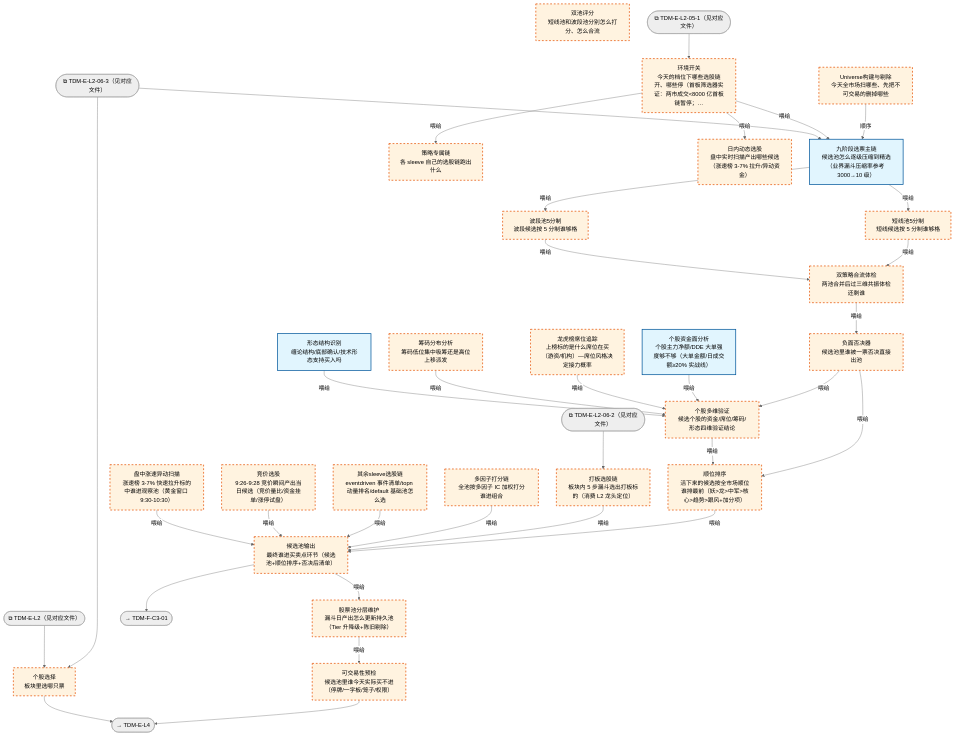
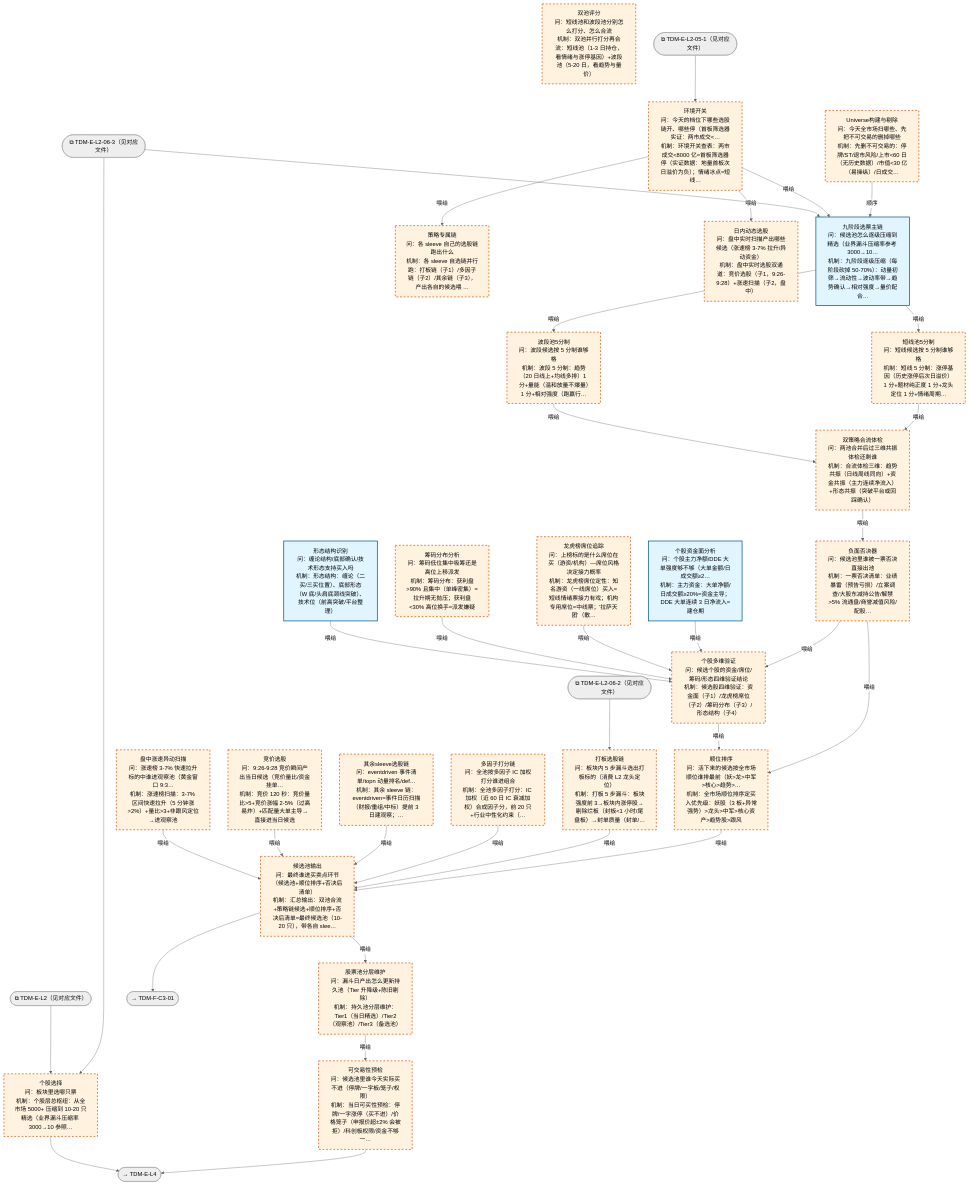
The diagram in docs/02_enterprise_architecture/10_trading_map/trading_map_03_e_l3_stock.md (xuanFelixVan/ZephyrAlpha), drawn with Mermaid (neutral theme) before and after one commit. The commit also changed other lines of this file and 10 other files, not shown here.

````diff
--- a/docs/02_enterprise_architecture/10_trading_map/trading_map_03_e_l3_stock.md
+++ b/docs/02_enterprise_architecture/10_trading_map/trading_map_03_e_l3_stock.md
@@ -20,69 +21,69 @@
 ```mermaid
 flowchart TD
-  TDM_E_L3["个股选择<br/>板块里选哪只票"]
-  TDM_E_L3_01["Universe构建与剔除<br/>今天全市场扫哪些、先把不可交易的删掉哪些"]
-  TDM_E_L3_02["九阶段选票主链<br/>候选池怎么逐级压缩到精选（业界漏斗压缩率参考 3000→10 级）"]
-  TDM_E_L3_03["双池评分<br/>短线池和波段池分别怎么打分、怎么合流"]
-  TDM_E_L3_03_1["短线池5分制<br/>短线候选按 5 分制谁够格"]
-  TDM_E_L3_03_2["波段池5分制<br/>波段候选按 5 分制谁够格"]
-  TDM_E_L3_03_3["双策略合流体检<br/>两池合并后过三维共振体检还剩谁"]
-  TDM_E_L3_04["负面否决器<br/>候选池里谁被一票否决直接出池"]
-  TDM_E_L3_05["顺位排序<br/>活下来的候选按全市场顺位谁排最前（妖>龙>中军>核心>趋势>跟风+加分项）"]
-  TDM_E_L3_06["环境开关<br/>今天的档位下哪些选股链开、哪些停（首板筛选器实证：两市成交<8000 亿首板链暂停；…"]
-  TDM_E_L3_07["策略专属链<br/>各 sleeve 自己的选股链跑出什么"]
-  TDM_E_L3_07_1["打板选股链<br/>板块内 5 步漏斗选出打板标的（消费 L2 龙头定位）"]
-  TDM_E_L3_07_2["多因子打分链<br/>全池按多因子 IC 加权打分谁进组合"]
-  TDM_E_L3_07_3["其余sleeve选股链<br/>eventdriven 事件清单/topn 动量排名/default 基础池怎么选"]
-  TDM_E_L3_08["候选池输出<br/>最终谁进买卖点环节（候选池+顺位排序+否决后清单）"]
-  TDM_E_L3_09["股票池分层维护<br/>漏斗日产出怎么更新持久池（Tier 升降级+陈旧剔除）"]
-  TDM_E_L3_10["可交易性预检<br/>候选池里谁今天实际买不进（停牌/一字板/笼子/权限）"]
-  TDM_E_L3_11["日内动态选股<br/>盘中实时扫描产出哪些候选（涨速榜 3-7% 拉升/异动资金）"]
-  TDM_E_L3_11_1["竞价选股<br/>9:26-9:28 竞价瞬间产出当日候选（竞价量比/资金挂单/涨停试盘）"]
-  TDM_E_L3_11_2["盘中涨速异动扫描<br/>涨速榜 3-7% 快速拉升标的中谁进观察池（黄金窗口 9:30-10:30）"]
-  TDM_E_L3_12["个股多维验证<br/>候选个股的资金/席位/筹码/形态四维验证结论"]
-  TDM_E_L3_12_1["个股资金面分析<br/>个股主力净额/DDE 大单强度够不够（大单金额/日成交额≥20% 实战线）"]
-  TDM_E_L3_12_2["龙虎榜席位追踪<br/>上榜标的是什么席位在买（游资/机构）—席位风格决定接力概率"]
-  TDM_E_L3_12_3["筹码分布分析<br/>筹码低位集中吸筹还是高位上移派发"]
-  TDM_E_L3_12_4["形态结构识别<br/>缠论结构/底部确认/技术形态支持买入吗"]
+  TDM_E_L3["个股选择<br/>问：板块里选哪只票<br/>机制：个股层总枢纽：从全市场 5000+ 压缩到 10-20 只精选（业界漏斗压缩率 3000→10 参照…"]
+  TDM_E_L3_01["Universe构建与剔除<br/>问：今天全市场扫哪些、先把不可交易的删掉哪些<br/>机制：先删不可交易的：停牌/ST/退市风险/上市<60 日（无历史数据）/市值<30 亿（易操纵）/日成交…"]
+  TDM_E_L3_02["九阶段选票主链<br/>问：候选池怎么逐级压缩到精选（业界漏斗压缩率参考 3000→10…<br/>机制：九阶段逐级压缩（每阶段砍掉 50-70%）：动量初筛→流动性→波动率带→趋势确认→相对强度→量价配合…"]
+  TDM_E_L3_03["双池评分<br/>问：短线池和波段池分别怎么打分、怎么合流<br/>机制：双池并行打分再合流：短线池（1-3 日持仓，看情绪与涨停基因）+波段池（5-20 日，看趋势与量价）"]
+  TDM_E_L3_03_1["短线池5分制<br/>问：短线候选按 5 分制谁够格<br/>机制：短线 5 分制：涨停基因（历史涨停后次日溢价）1 分+题材纯正度 1 分+龙头定位 1 分+情绪周期…"]
+  TDM_E_L3_03_2["波段池5分制<br/>问：波段候选按 5 分制谁够格<br/>机制：波段 5 分制：趋势（20 日线上+均线多排）1 分+量能（温和放量不爆量）1 分+相对强度（跑赢行…"]
+  TDM_E_L3_03_3["双策略合流体检<br/>问：两池合并后过三维共振体检还剩谁<br/>机制：合流体检三维：趋势共振（日线周线同向）+资金共振（主力连续净流入）+形态共振（突破平台或回踩确认）"]
+  TDM_E_L3_04["负面否决器<br/>问：候选池里谁被一票否决直接出池<br/>机制：一票否决清单：业绩暴雷（预告亏损）/立案调查/大股东减持公告/解禁>5% 流通盘/商誉减值风险/配股…"]
+  TDM_E_L3_05["顺位排序<br/>问：活下来的候选按全市场顺位谁排最前（妖>龙>中军>核心>趋势>…<br/>机制：全市场顺位排序定买入优先级：妖股（3 板+异常强势）>龙头>中军>核心资产>趋势股>跟风"]
+  TDM_E_L3_06["环境开关<br/>问：今天的档位下哪些选股链开、哪些停（首板筛选器实证：两市成交<…<br/>机制：环境开关查表：两市成交<8000 亿=首板筛选器停（实证数据：地量首板次日溢价为负）；情绪冰点=短线…"]
+  TDM_E_L3_07["策略专属链<br/>问：各 sleeve 自己的选股链跑出什么<br/>机制：各 sleeve 自选链并行跑：打板链（子1）/多因子链（子2）/其余链（子3），产出各自的候选喂 …"]
+  TDM_E_L3_07_1["打板选股链<br/>问：板块内 5 步漏斗选出打板标的（消费 L2 龙头定位）<br/>机制：打板 5 步漏斗：板块强度前 3→板块内涨停股→剔除烂板（封板<1 小时/尾盘板）→封单质量（封单/…"]
+  TDM_E_L3_07_2["多因子打分链<br/>问：全池按多因子 IC 加权打分谁进组合<br/>机制：全池多因子打分：IC 加权（近 60 日 IC 衰减加权）合成因子分，前 20 只+行业中性化约束（…"]
+  TDM_E_L3_07_3["其余sleeve选股链<br/>问：eventdriven 事件清单/topn 动量排名/def…<br/>机制：其余 sleeve 链：eventdriven=事件日历扫描（财报/重组/中标）提前 3 日建观察；…"]
+  TDM_E_L3_08["候选池输出<br/>问：最终谁进买卖点环节（候选池+顺位排序+否决后清单）<br/>机制：汇总输出：双池合流+策略链候选+顺位排序+否决后清单=最终候选池（10-20 只），带各自 slee…"]
+  TDM_E_L3_09["股票池分层维护<br/>问：漏斗日产出怎么更新持久池（Tier 升降级+陈旧剔除）<br/>机制：持久池分层维护：Tier1（当日精选）/Tier2（观察池）/Tier3（备选池）"]
+  TDM_E_L3_10["可交易性预检<br/>问：候选池里谁今天实际买不进（停牌/一字板/笼子/权限）<br/>机制：当日可买性预检：停牌/一字涨停（买不进）/价格笼子（申报价超±2% 会被拒）/科创板权限/资金不够一…"]
+  TDM_E_L3_11["日内动态选股<br/>问：盘中实时扫描产出哪些候选（涨速榜 3-7% 拉升/异动资金）<br/>机制：盘中实时选股双通道：竞价选股（子1，9:26-9:28）+涨速扫描（子2，盘中）"]
+  TDM_E_L3_11_1["竞价选股<br/>问：9:26-9:28 竞价瞬间产出当日候选（竞价量比/资金挂单…<br/>机制：竞价 120 秒：竞价量比>5+竞价涨幅 2-5%（过高易炸）+匹配量大单主导→直接进当日候选"]
+  TDM_E_L3_11_2["盘中涨速异动扫描<br/>问：涨速榜 3-7% 快速拉升标的中谁进观察池（黄金窗口 9:3…<br/>机制：涨速榜扫描：3-7% 区间快速拉升（5 分钟涨>2%）+量比>3+非跟风定位→进观察池"]
+  TDM_E_L3_12["个股多维验证<br/>问：候选个股的资金/席位/筹码/形态四维验证结论<br/>机制：候选股四维验证：资金面（子1）/龙虎榜席位（子2）/筹码分布（子3）/形态结构（子4）"]
+  TDM_E_L3_12_1["个股资金面分析<br/>问：个股主力净额/DDE 大单强度够不够（大单金额/日成交额≥2…<br/>机制：主力资金：大单净额/日成交额≥20%=资金主导；DDE 大单连续 3 日净流入=建仓期"]
+  TDM_E_L3_12_2["龙虎榜席位追踪<br/>问：上榜标的是什么席位在买（游资/机构）—席位风格决定接力概率<br/>机制：龙虎榜席位定性：知名游资（一线席位）买入=短线情绪票接力有戏；机构专用席位=中线票；'拉萨天团'（散…"]
+  TDM_E_L3_12_3["筹码分布分析<br/>问：筹码低位集中吸筹还是高位上移派发<br/>机制：筹码分布：获利盘>90% 且集中（单峰密集）=拉升期无抛压；获利盘<30% 高位换手=派发嫌疑"]
+  TDM_E_L3_12_4["形态结构识别<br/>问：缠论结构/底部确认/技术形态支持买入吗<br/>机制：形态结构：缠论（二买/三买位置）、底部形态（W 底/头肩底颈线突破）、技术位（前高突破/平台整理）"]
   EXT_TDM_E_L2_06_3(["⧉ TDM-E-L2-06-3（见对应文件）"])
   EXT_TDM_E_L2(["⧉ TDM-E-L2（见对应文件）"])
   EXT_TDM_E_L2_05_1(["⧉ TDM-E-L2-05-1（见对应文件）"])
   EXT_TDM_E_L2_06_2(["⧉ TDM-E-L2-06-2（见对应文件）"])
   EXT_TDM_E_L2_06_3 --> TDM_E_L3
   TDM_E_L3_01 -->|顺序| TDM_E_L3_02
   TDM_E_L3_02 -->|喂给| TDM_E_L3_03_1
   TDM_E_L3_02 -->|喂给| TDM_E_L3_03_2
   TDM_E_L3_03_1 -->|喂给| TDM_E_L3_03_3
   TDM_E_L3_03_2 -->|喂给| TDM_E_L3_03_3
   TDM_E_L3_03_3 -->|喂给| TDM_E_L3_04
   TDM_E_L3_04 -->|喂给| TDM_E_L3_05
   TDM_E_L3_05 -->|喂给| TDM_E_L3_08
   TDM_E_L3_06 -->|喂给| TDM_E_L3_02
   TDM_E_L3_06 -->|喂给| TDM_E_L3_07
   TDM_E_L3_07_1 -->|喂给| TDM_E_L3_08
   TDM_E_L3_07_2 -->|喂给| TDM_E_L3_08
   TDM_E_L3_07_3 -->|喂给| TDM_E_L3_08
   TDM_E_L3_08 -->|喂给| TDM_E_L3_09
   TDM_E_L3_09 -->|喂给| TDM_E_L3_10
   TDM_E_L3_10 --> EXT_OUT_TDM_E_L4([→ TDM-E-L4])
   TDM_E_L3_11_1 -->|喂给| TDM_E_L3_08
   TDM_E_L3_11_2 -->|喂给| TDM_E_L3_08
   TDM_E_L3_04 -->|喂给| TDM_E_L3_12
   TDM_E_L3_12 -->|喂给| TDM_E_L3_05
   EXT_TDM_E_L2_05_1 --> TDM_E_L3_06
   EXT_TDM_E_L2_06_2 --> TDM_E_L3_07_1
   EXT_TDM_E_L2_06_3 --> TDM_E_L3_02
   EXT_TDM_E_L2 --> TDM_E_L3
   TDM_E_L3 --> EXT_OUT_TDM_E_L4([→ TDM-E-L4])
   TDM_E_L3_06 -->|喂给| TDM_E_L3_11
   TDM_E_L3_12_1 -->|喂给| TDM_E_L3_12
   TDM_E_L3_12_2 -->|喂给| TDM_E_L3_12
   TDM_E_L3_12_3 -->|喂给| TDM_E_L3_12
   TDM_E_L3_12_4 -->|喂给| TDM_E_L3_12
   TDM_E_L3_08 --> EXT_OUT_TDM_F_C3_01([→ TDM-F-C3-01])
   classDef production fill:#e1f5fe,stroke:#01579b,stroke-width:2px,color:#000;
   classDef design fill:#fff3e0,stroke:#e65100,stroke-width:2px,color:#000,stroke-dasharray: 5 5;
   classDef paper fill:#e8f5e9,stroke:#2e7d32,stroke-width:2.5px,color:#000;
   class TDM_E_L3_02,TDM_E_L3_12_1,TDM_E_L3_12_4 production;
   class TDM_E_L3,TDM_E_L3_01,TDM_E_L3_03,TDM_E_L3_03_1,TDM_E_L3_03_2,TDM_E_L3_03_3,TDM_E_L3_04,TDM_E_L3_05,TDM_E_L3_06,TDM_E_L3_07,TDM_E_L3_07_1,TDM_E_L3_07_2,TDM_E_L3_07_3,TDM_E_L3_08,TDM_E_L3_09,TDM_E_L3_10,TDM_E_L3_11,TDM_E_L3_11_1,TDM_E_L3_11_2,TDM_E_L3_12,TDM_E_L3_12_2,TDM_E_L3_12_3 design;
 ```
````
